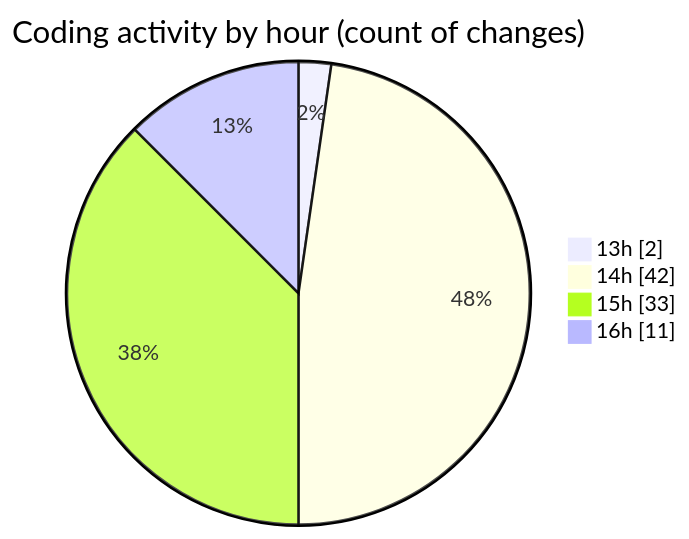
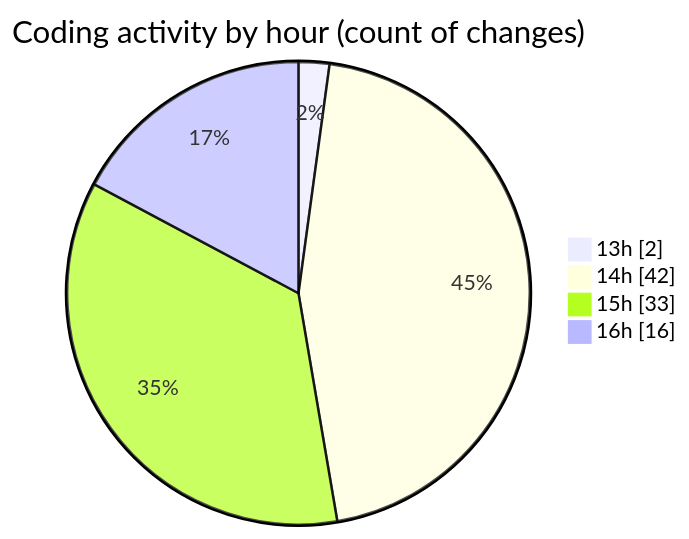
The second of 2 diagrams in 2025-05-31/nxtqube_webapp/README.md (nxtqubesakshisongat/code-tracking), drawn with Mermaid before and after one commit. The commit also changed other lines of this file and 1 other file, not shown here.

````diff
--- a/2025-05-31/nxtqube_webapp/README.md
+++ b/2025-05-31/nxtqube_webapp/README.md
@@ -35,8 +36,8 @@
 ```mermaid
 pie showData
 title Coding activity by hour (count of changes)
 "13h" : 2
 "14h" : 42
 "15h" : 33
-"16h" : 11
+"16h" : 16
 ```
````
